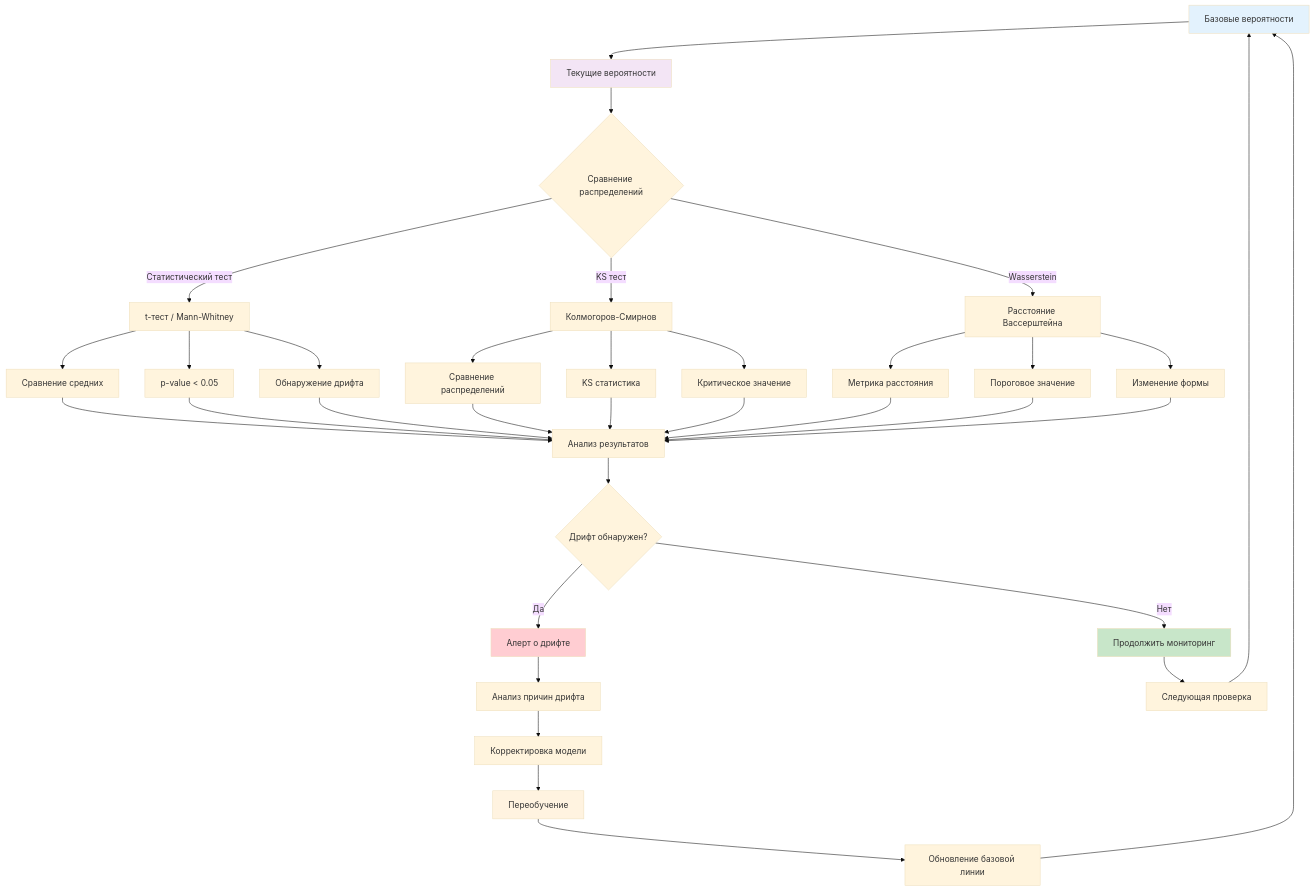
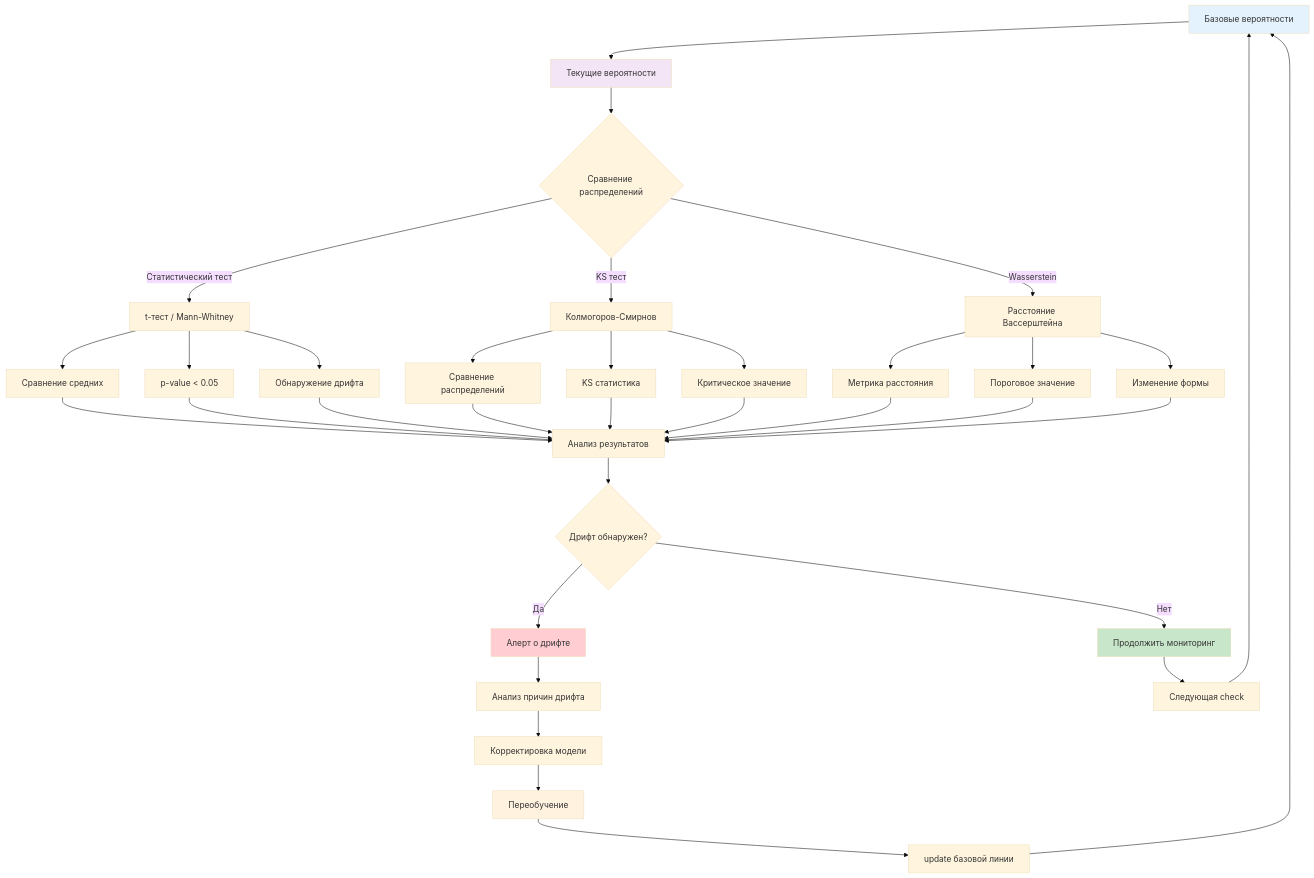
The fifth of 8 diagrams in docs/automl/gluon/26_probability_usage_guide.md (NeoZorK/neozork-hld-prediction), drawn with Mermaid (base theme) before and after one commit. The commit also changed other lines of this file and 19 other files, not shown here.

````diff
--- a/docs/automl/gluon/26_probability_usage_guide.md
+++ b/docs/automl/gluon/26_probability_usage_guide.md
@@ -986,50 +986,50 @@
 ```mermaid
 graph TD
-    A[Базовые вероятности] --> B[Текущие вероятности]
-    B --> C{Сравнение распределений}
-    
-    C -->|Статистический тест| D[t-тест / Mann-Whitney]
-    C -->|KS тест| E[Колмогоров-Смирнов]
-    C -->|Wasserstein| F[Расстояние Вассерштейна]
-    
-    D --> D1[Сравнение средних]
-    D --> D2[p-value < 0.05]
-    D --> D3[Обнаружение дрифта]
-    
-    E --> E1[Сравнение распределений]
-    E --> E2[KS статистика]
-    E --> E3[Критическое значение]
-    
-    F --> F1[Метрика расстояния]
-    F --> F2[Пороговое значение]
-    F --> F3[Изменение формы]
-    
-    D1 --> G[Анализ результатов]
-    D2 --> G
-    D3 --> G
-    E1 --> G
-    E2 --> G
-    E3 --> G
-    F1 --> G
-    F2 --> G
-    F3 --> G
-    
-    G --> H{Дрифт обнаружен?}
-    H -->|Да| I[Алерт о дрифте]
-    H -->|Нет| J[Продолжить мониторинг]
-    
-    I --> K[Анализ причин дрифта]
-    K --> L[Корректировка модели]
-    L --> M[Переобучение]
-    M --> N[Обновление базовой линии]
-    N --> A
-    
-    J --> O[Следующая проверка]
-    O --> A
-    
-    style A fill:#e3f2fd
-    style B fill:#f3e5f5
-    style I fill:#ffcdd2
-    style J fill:#c8e6c9
-    style M fill:#fff3e0
+ A[Базовые вероятности] --> B[Текущие вероятности]
+ B --> C{Сравнение распределений}
+
+ C -->|Статистический тест| D[t-тест / Mann-Whitney]
+ C -->|KS тест| E[Колмогоров-Смирнов]
+ C -->|Wasserstein| F[Расстояние Вассерштейна]
+
+ D --> D1[Сравнение средних]
+ D --> D2[p-value < 0.05]
+ D --> D3[Обнаружение дрифта]
+
+ E --> E1[Сравнение распределений]
+ E --> E2[KS статистика]
+ E --> E3[Критическое значение]
+
+ F --> F1[Метрика расстояния]
+ F --> F2[Пороговое значение]
+ F --> F3[Изменение формы]
+
+ D1 --> G[Анализ результатов]
+ D2 --> G
+ D3 --> G
+ E1 --> G
+ E2 --> G
+ E3 --> G
+ F1 --> G
+ F2 --> G
+ F3 --> G
+
+ G --> H{Дрифт обнаружен?}
+ H -->|Да| I[Алерт о дрифте]
+ H -->|Нет| J[Продолжить мониторинг]
+
+ I --> K[Анализ причин дрифта]
+ K --> L[Корректировка модели]
+ L --> M[Переобучение]
+ M --> N[update базовой линии]
+ N --> A
+
+ J --> O[Следующая check]
+ O --> A
+
+ style A fill:#e3f2fd
+ style B fill:#f3e5f5
+ style I fill:#ffcdd2
+ style J fill:#c8e6c9
+ style M fill:#fff3e0
 ```
````
